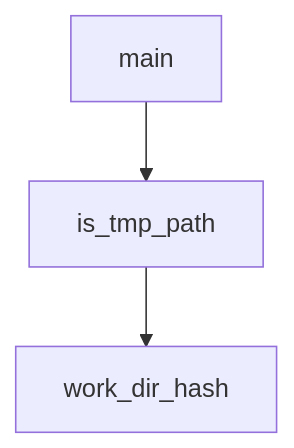
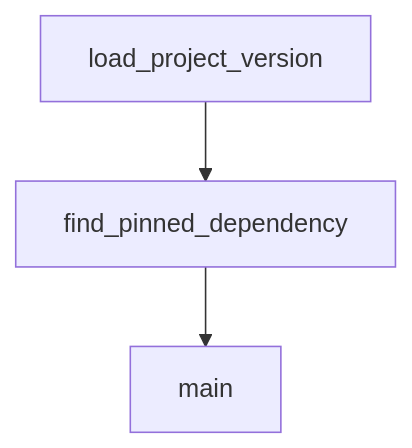
The diagram in tutorials/kimi-cli-tutorial/03-agents-subagents-and-skills.md (johnxie/awesome-code-docs), drawn with Mermaid before and after one commit. The commit also changed other lines of this file and 1232 other files, not shown here.

````diff
--- a/tutorials/kimi-cli-tutorial/03-agents-subagents-and-skills.md
+++ b/tutorials/kimi-cli-tutorial/03-agents-subagents-and-skills.md
@@ -171,8 +169,8 @@
 ```mermaid
 flowchart TD
-    A[main]
-    B[is_tmp_path]
-    C[work_dir_hash]
+    A[load_project_version]
+    B[find_pinned_dependency]
+    C[main]
     A --> B
     B --> C
 ```
````
